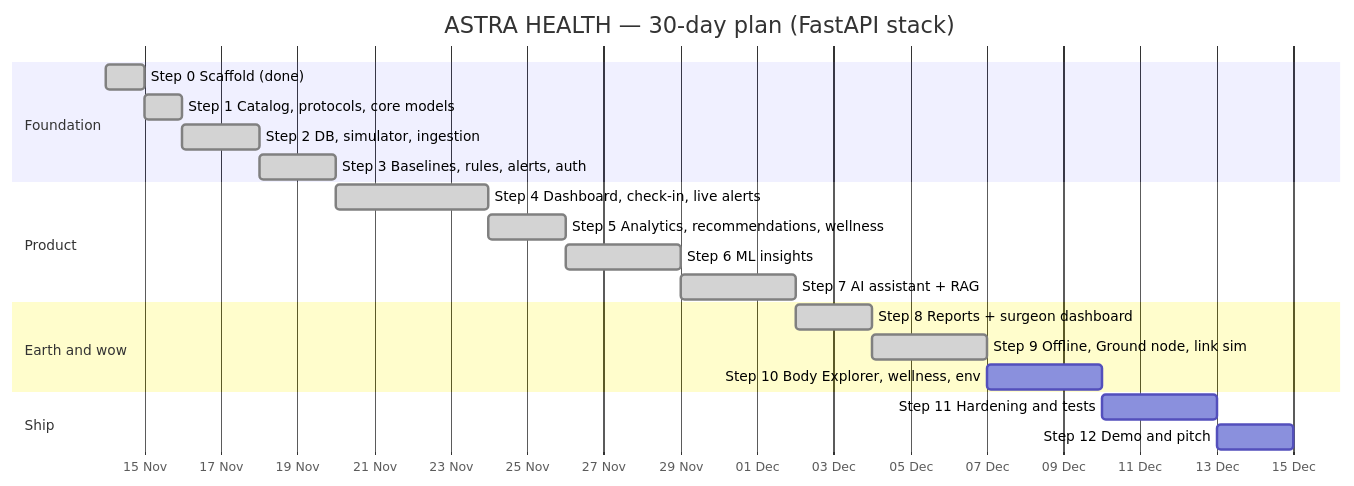
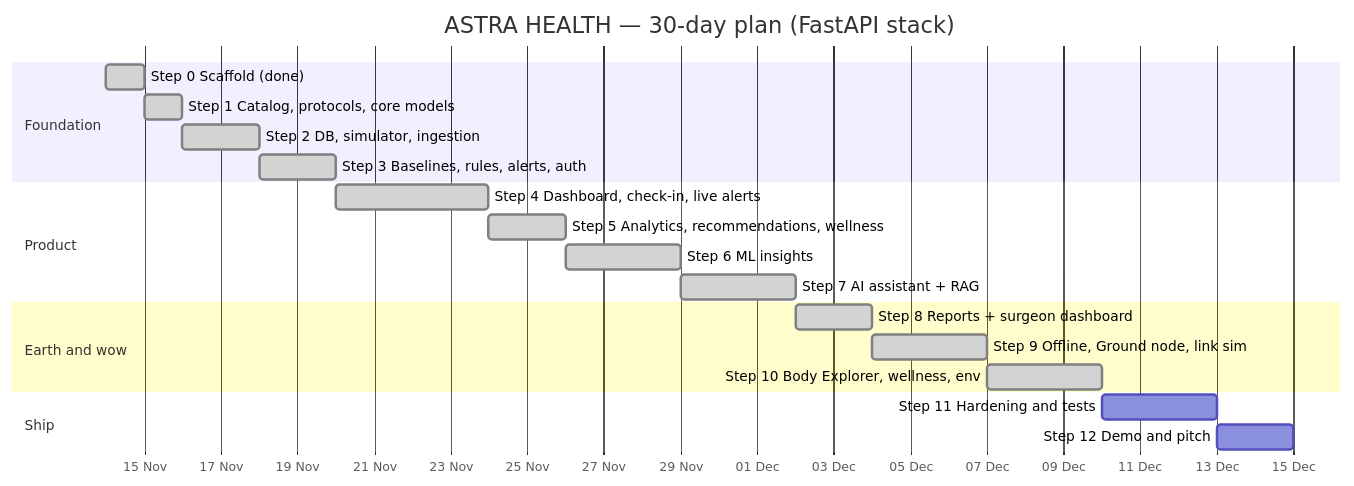
The diagram in docs/04-Implementation-Plan.md (Tarun9076/Astra-Health), drawn with Mermaid before and after one commit. The commit also changed other lines of this file and 6 other files, not shown here.

````diff
--- a/docs/04-Implementation-Plan.md
+++ b/docs/04-Implementation-Plan.md
@@ -34,23 +34,23 @@
 ```mermaid
 gantt
     title ASTRA HEALTH — 30-day plan (FastAPI stack)
     dateFormat  YYYY-MM-DD
     axisFormat  %d %b
     section Foundation
     Step 0 Scaffold (done)               :done, s0, 2026-11-14, 1d
     Step 1 Catalog, protocols, core models :done, s1, after s0, 1d
     Step 2 DB, simulator, ingestion      :done, s2, after s1, 2d
     Step 3 Baselines, rules, alerts, auth :done, s3, after s2, 2d
     section Product
     Step 4 Dashboard, check-in, live alerts :done, s4, after s3, 4d
     Step 5 Analytics, recommendations, wellness :done, s5, after s4, 2d
     Step 6 ML insights                   :done, s6, after s5, 3d
     Step 7 AI assistant + RAG            :done, s7, after s6, 3d
     section Earth and wow
     Step 8 Reports + surgeon dashboard   :done, s8, after s7, 2d
     Step 9 Offline, Ground node, link sim :done, s9, after s8, 3d
-    Step 10 Body Explorer, wellness, env :s10, after s9, 3d
+    Step 10 Body Explorer, wellness, env :done, s10, after s9, 3d
     section Ship
     Step 11 Hardening and tests          :s11, after s10, 3d
     Step 12 Demo and pitch               :s12, after s11, 2d
 ```
````
